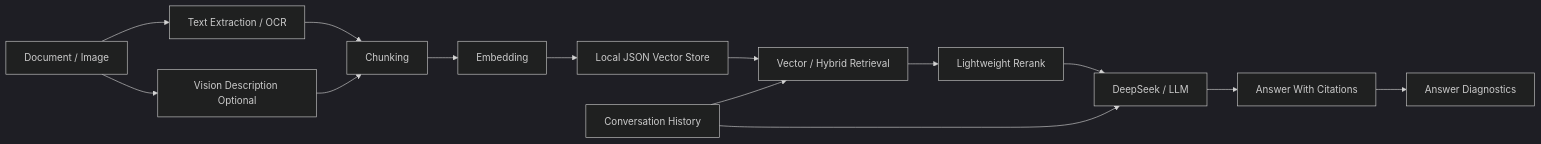
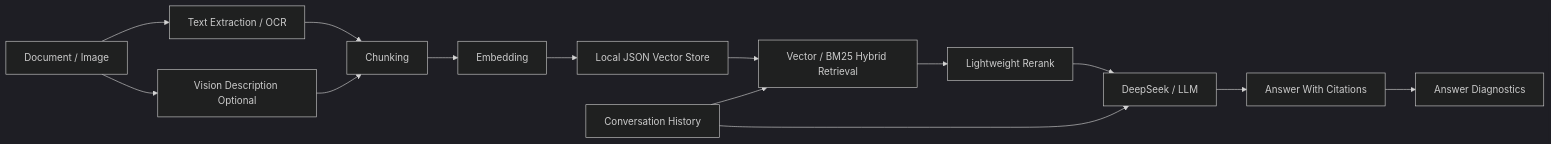
The diagram in README.md (ljw826732773-png/multimodal-doc-rag), drawn with Mermaid (dark theme) before and after one commit. The commit also changed other lines of this file and 7 other files, not shown here.

````diff
--- a/README.md
+++ b/README.md
@@ -48,16 +49,16 @@
 ```mermaid
 flowchart LR
     A["Document / Image"] --> B["Text Extraction / OCR"]
     A --> C["Vision Description Optional"]
     B --> D["Chunking"]
     C --> D
     D --> E["Embedding"]
     E --> F["Local JSON Vector Store"]
-    F --> G["Vector / Hybrid Retrieval"]
+    F --> G["Vector / BM25 Hybrid Retrieval"]
     G --> H["Lightweight Rerank"]
     H --> I["DeepSeek / LLM"]
     I --> J["Answer With Citations"]
     J --> K["Answer Diagnostics"]
     L["Conversation History"] --> G
     L --> I
 ```
````
